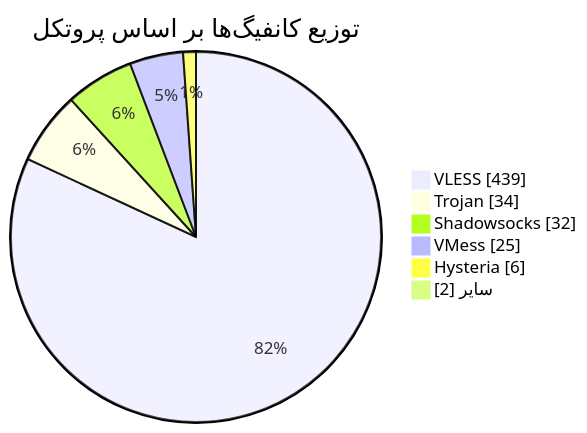
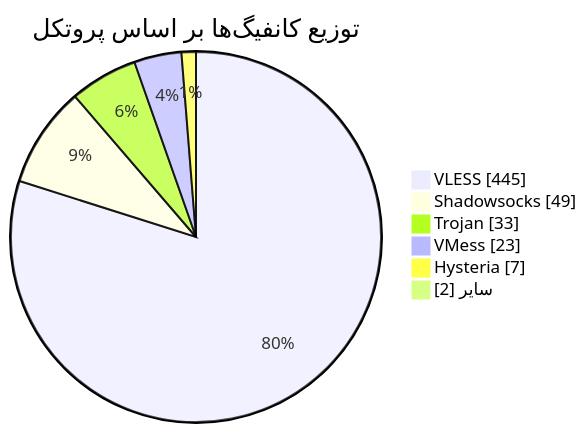
Before and after one commit to Arian-Alijani/Somthing: the diagram in README.md, drawn with Mermaid. The commit also changed other lines of this file and 81 other files, not shown here.

````diff
--- a/README.md
+++ b/README.md
@@ -48,10 +48,10 @@
 ```mermaid
 pie showData
     title توزیع کانفیگ‌ها بر اساس پروتکل
-    "VLESS" : 439
-    "Trojan" : 34
-    "Shadowsocks" : 32
-    "VMess" : 25
-    "Hysteria" : 6
+    "VLESS" : 445
+    "Shadowsocks" : 49
+    "Trojan" : 33
+    "VMess" : 23
+    "Hysteria" : 7
     "سایر" : 2
 ```
````
